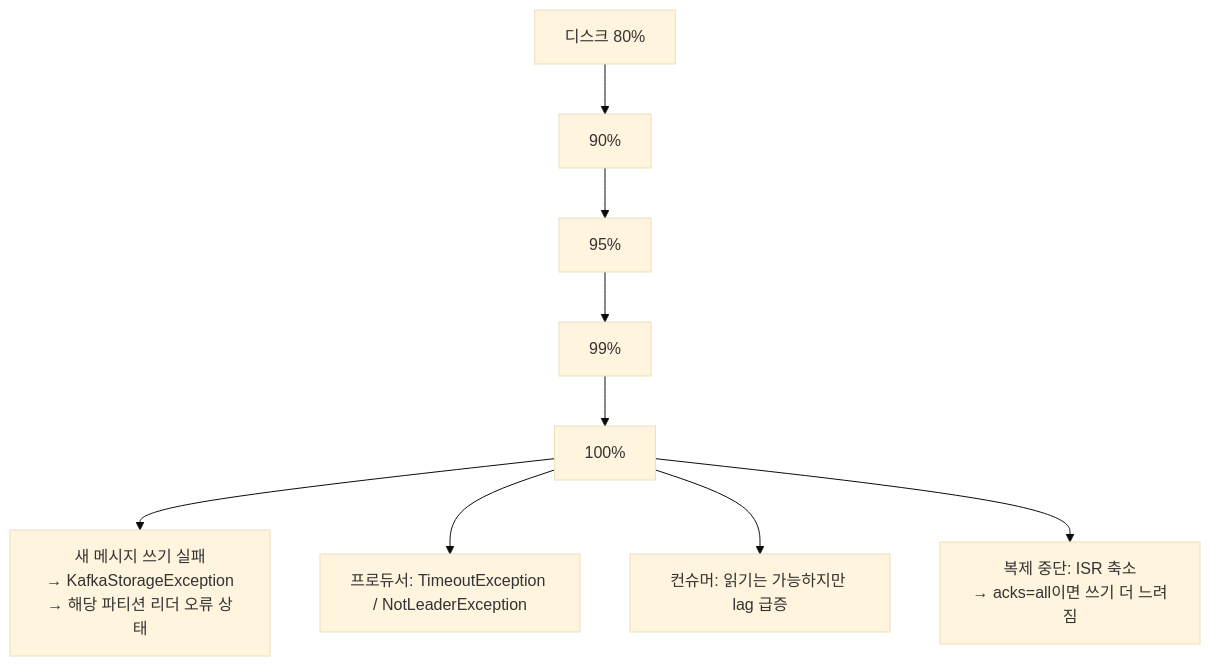
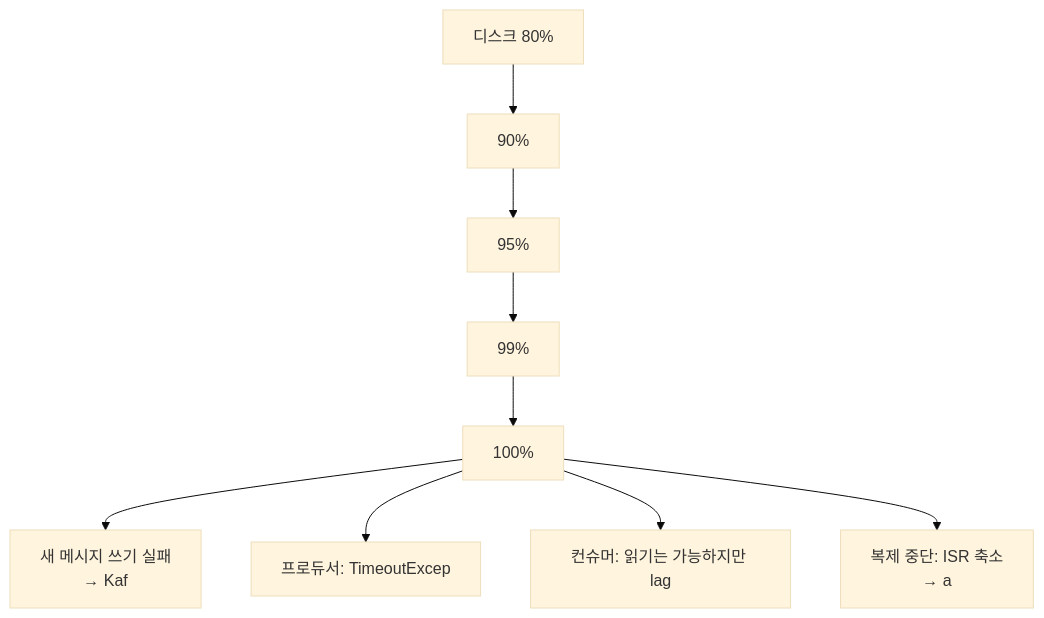
One commit to yjkim2015/yjkim2015.github.io changed the tenth of 21 diagrams in _posts/kafka/2026-05-01-kafka-extreme-scenarios.md. Above: the diagram before and after it, drawn with Mermaid (base theme). The commit also changed other lines of this file and 271 other files, not shown here.

First line of the commit message:
Mermaid 라벨 축소: 긴 노드 텍스트 18자 이하로 트림 + \n 제거

````diff
--- a/_posts/kafka/2026-05-01-kafka-extreme-scenarios.md
+++ b/_posts/kafka/2026-05-01-kafka-extreme-scenarios.md
@@ -278,8 +278,8 @@
 ```mermaid
 graph TD
     D80["디스크 80%"] --> D90["90%"] --> D95["95%"] --> D99["99%"] --> D100["100%"]
-    D100 --> E1["새 메시지 쓰기 실패\n→ KafkaStorageException\n→ 해당 파티션 리더 오류 상태"]
-    D100 --> E2["프로듀서: TimeoutException / NotLeaderException"]
-    D100 --> E3["컨슈머: 읽기는 가능하지만 lag 급증"]
-    D100 --> E4["복제 중단: ISR 축소\n→ acks=all이면 쓰기 더 느려짐"]
+    D100 --> E1["새 메시지 쓰기 실패\n→ Kaf"]
+    D100 --> E2["프로듀서: TimeoutExcep"]
+    D100 --> E3["컨슈머: 읽기는 가능하지만 lag"]
+    D100 --> E4["복제 중단: ISR 축소\n→ a"]
 ```
````
